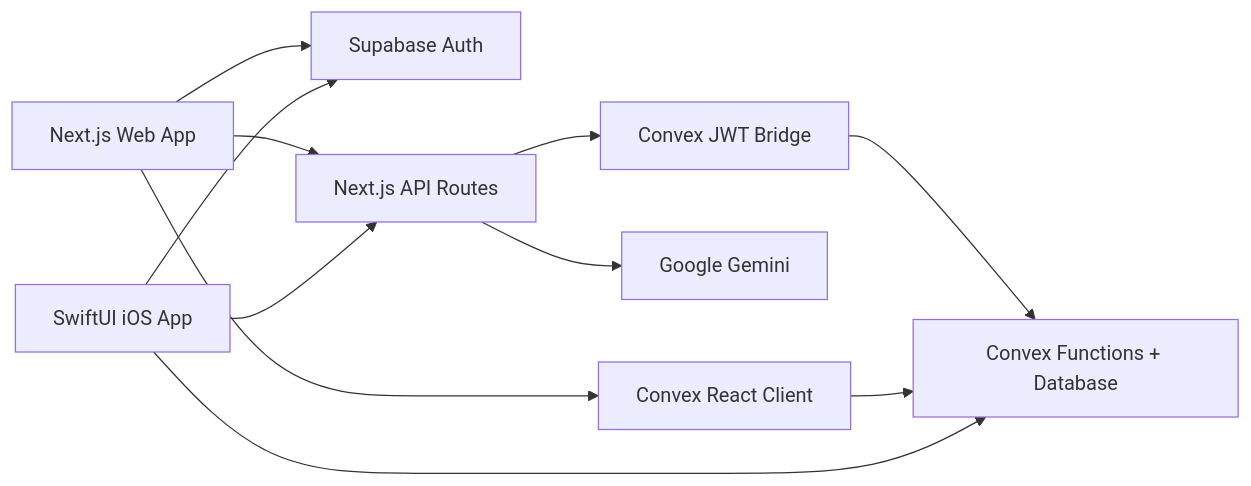
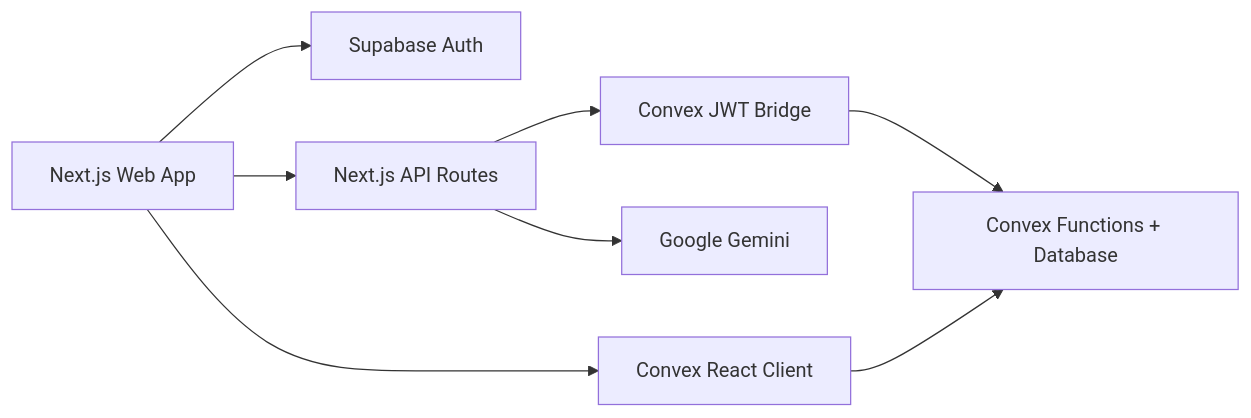
One commit to You2499/settleease changed the diagram in README.md. Above: the diagram before and after it, drawn with Mermaid. The commit also changed other lines of this file and 54 other files, not shown here.

````diff
--- a/README.md
+++ b/README.md
@@ -68,13 +63,10 @@
 ```mermaid
 flowchart LR
   Web["Next.js Web App"] --> Supabase["Supabase Auth"]
   Web --> Api["Next.js API Routes"]
   Web --> ConvexClient["Convex React Client"]
   Api --> Gemini["Google Gemini"]
   Api --> Jwt["Convex JWT Bridge"]
   Jwt --> Convex["Convex Functions + Database"]
   ConvexClient --> Convex
-  IOS["SwiftUI iOS App"] --> Supabase
-  IOS --> Convex
-  IOS --> Api
 ```
````
